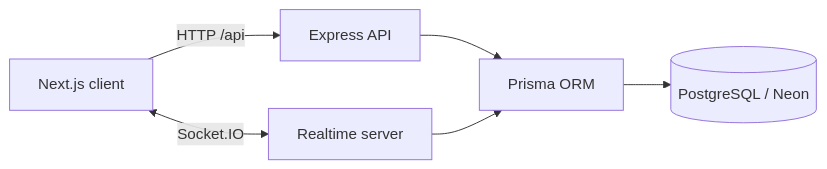
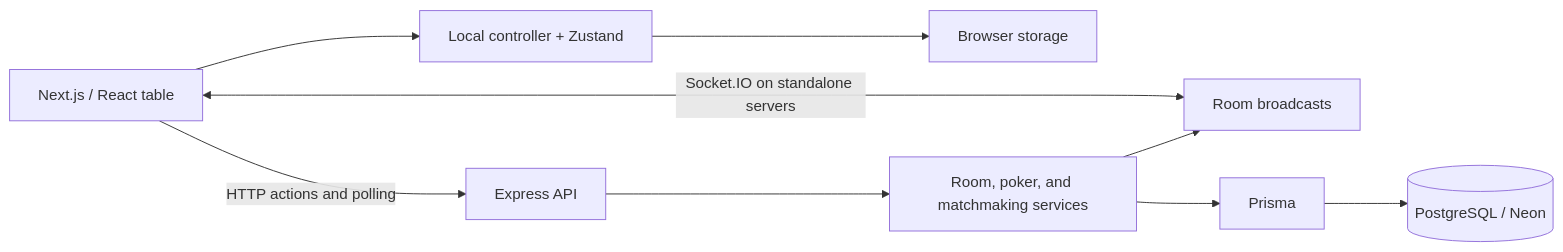
One commit to YanYihann/poker-chip-tracker changed the diagram in README.md. Above: the diagram before and after it, drawn with Mermaid. The commit also changed other lines of this file and 46 other files, not shown here.

````diff
--- a/README.md
+++ b/README.md
@@ -50,8 +174,11 @@
 ```mermaid
 flowchart LR
-  C["Next.js client"] -->|HTTP /api| E["Express API"]
-  C <-->|Socket.IO| R["Realtime server"]
-  E --> P["Prisma ORM"]
-  R --> P
-  P --> D[(PostgreSQL / Neon)]
+  UI["Next.js / React table"] --> Local["Local controller + Zustand"]
+  Local --> Storage["Browser storage"]
+  UI -->|HTTP actions and polling| API["Express API"]
+  UI <-->|Socket.IO on standalone servers| Realtime["Room broadcasts"]
+  API --> Domain["Room, poker, and matchmaking services"]
+  Domain --> Prisma["Prisma"]
+  Prisma --> DB[(PostgreSQL / Neon)]
+  Domain --> Realtime
 ```
````
